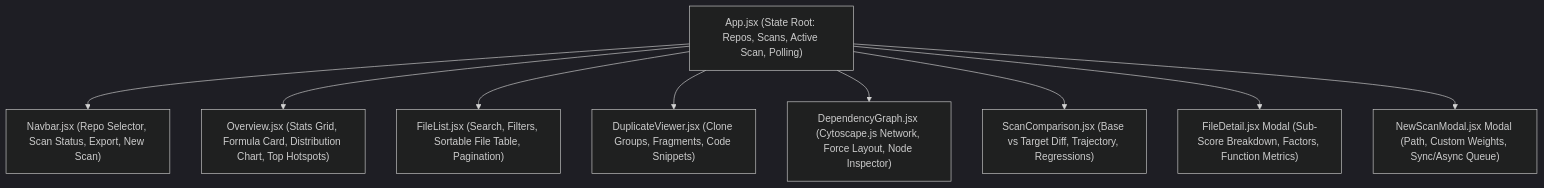
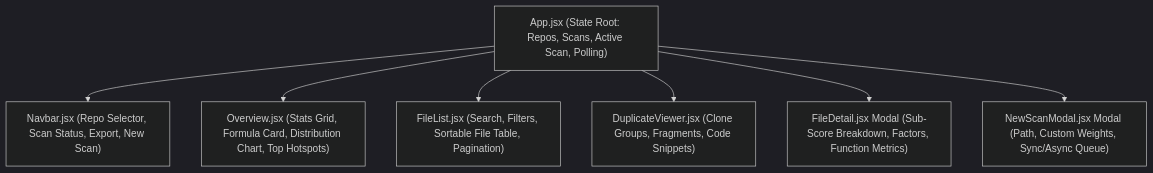
The diagram in docs/dashboard_architecture.md (KANAND6031/Project-2), drawn with Mermaid (dark theme) before and after one commit. The commit also changed other lines of this file and 7 other files, not shown here.

````diff
--- a/docs/dashboard_architecture.md
+++ b/docs/dashboard_architecture.md
@@ -18,12 +16,10 @@
 ```mermaid
 graph TD
     App["App.jsx (State Root: Repos, Scans, Active Scan, Polling)"]
     App --> Navbar["Navbar.jsx (Repo Selector, Scan Status, Export, New Scan)"]
     App --> Overview["Overview.jsx (Stats Grid, Formula Card, Distribution Chart, Top Hotspots)"]
     App --> FileList["FileList.jsx (Search, Filters, Sortable File Table, Pagination)"]
     App --> DuplicateViewer["DuplicateViewer.jsx (Clone Groups, Fragments, Code Snippets)"]
-    App --> DependencyGraph["DependencyGraph.jsx (Cytoscape.js Network, Force Layout, Node Inspector)"]
-    App --> ScanComparison["ScanComparison.jsx (Base vs Target Diff, Trajectory, Regressions)"]
     App --> FileDetail["FileDetail.jsx Modal (Sub-Score Breakdown, Factors, Function Metrics)"]
     App --> NewScanModal["NewScanModal.jsx Modal (Path, Custom Weights, Sync/Async Queue)"]
 ```
````
